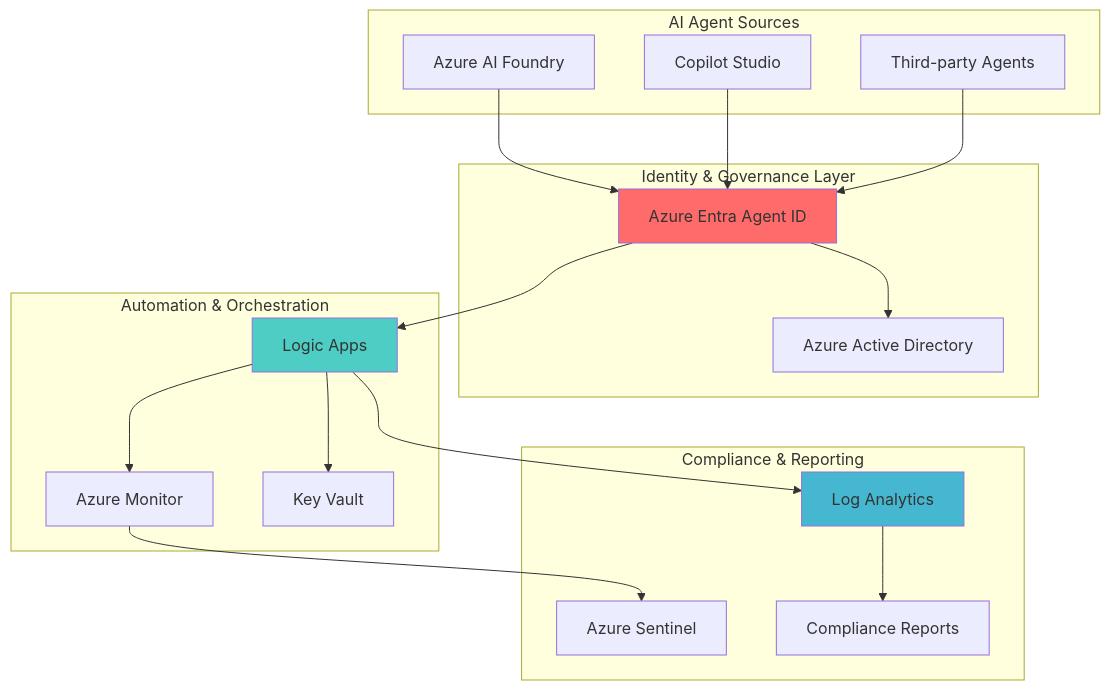
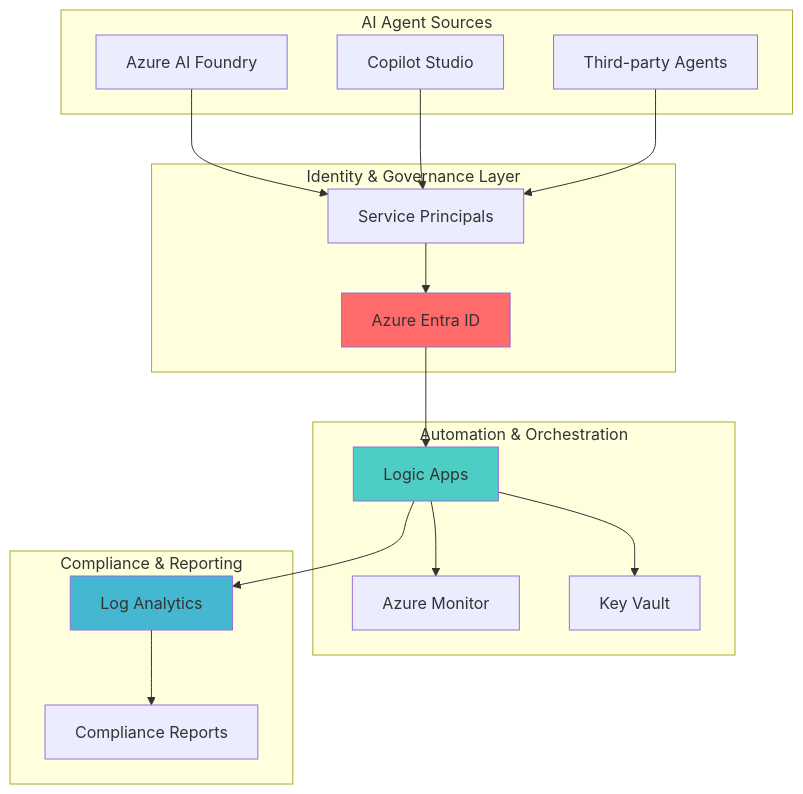
Before and after one commit to mzazon/awesome-cloud-projects: the diagram in azure/ai-agent-governance-framework/ai-agent-governance-framework.md, drawn with Mermaid. The commit also changed other lines of this file and 5581 other files, not shown here.

````diff
--- a/azure/ai-agent-governance-framework/ai-agent-governance-framework.md
+++ b/azure/ai-agent-governance-framework/ai-agent-governance-framework.md
@@ -30,43 +30,41 @@
 ```mermaid
 graph TB
     subgraph "AI Agent Sources"
         AIF[Azure AI Foundry]
         CS[Copilot Studio]
         THIRD[Third-party Agents]
     end
     
     subgraph "Identity & Governance Layer"
-        ENTRA[Azure Entra Agent ID]
-        AAD[Azure Active Directory]
+        ENTRA[Azure Entra ID]
+        SP[Service Principals]
     end
     
     subgraph "Automation & Orchestration"
         LA[Logic Apps]
         MON[Azure Monitor]
         KV[Key Vault]
     end
     
     subgraph "Compliance & Reporting"
         LOG[Log Analytics]
-        SENTINEL[Azure Sentinel]
         REPORTS[Compliance Reports]
     end
     
-    AIF --> ENTRA
-    CS --> ENTRA
-    THIRD --> ENTRA
+    AIF --> SP
+    CS --> SP
+    THIRD --> SP
     
-    ENTRA --> AAD
+    SP --> ENTRA
     ENTRA --> LA
     
     LA --> MON
     LA --> KV
     LA --> LOG
     
-    MON --> SENTINEL
     LOG --> REPORTS
     
     style ENTRA fill:#FF6B6B
     style LA fill:#4ECDC4
     style LOG fill:#45B7D1
 ```
````
